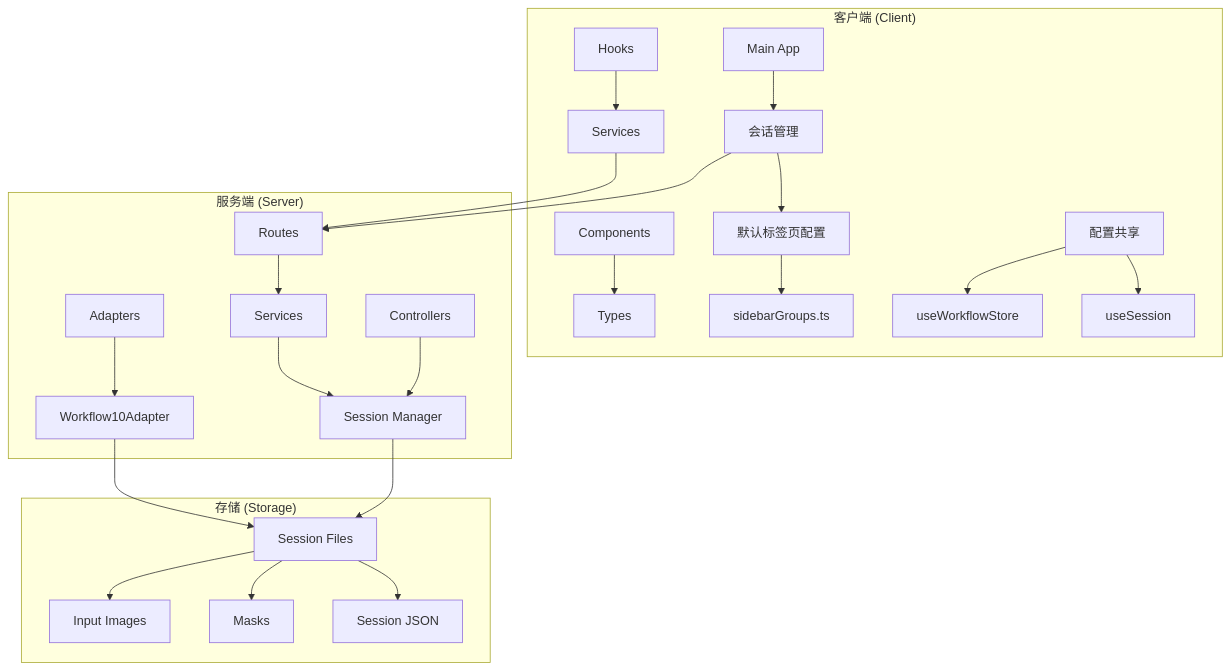
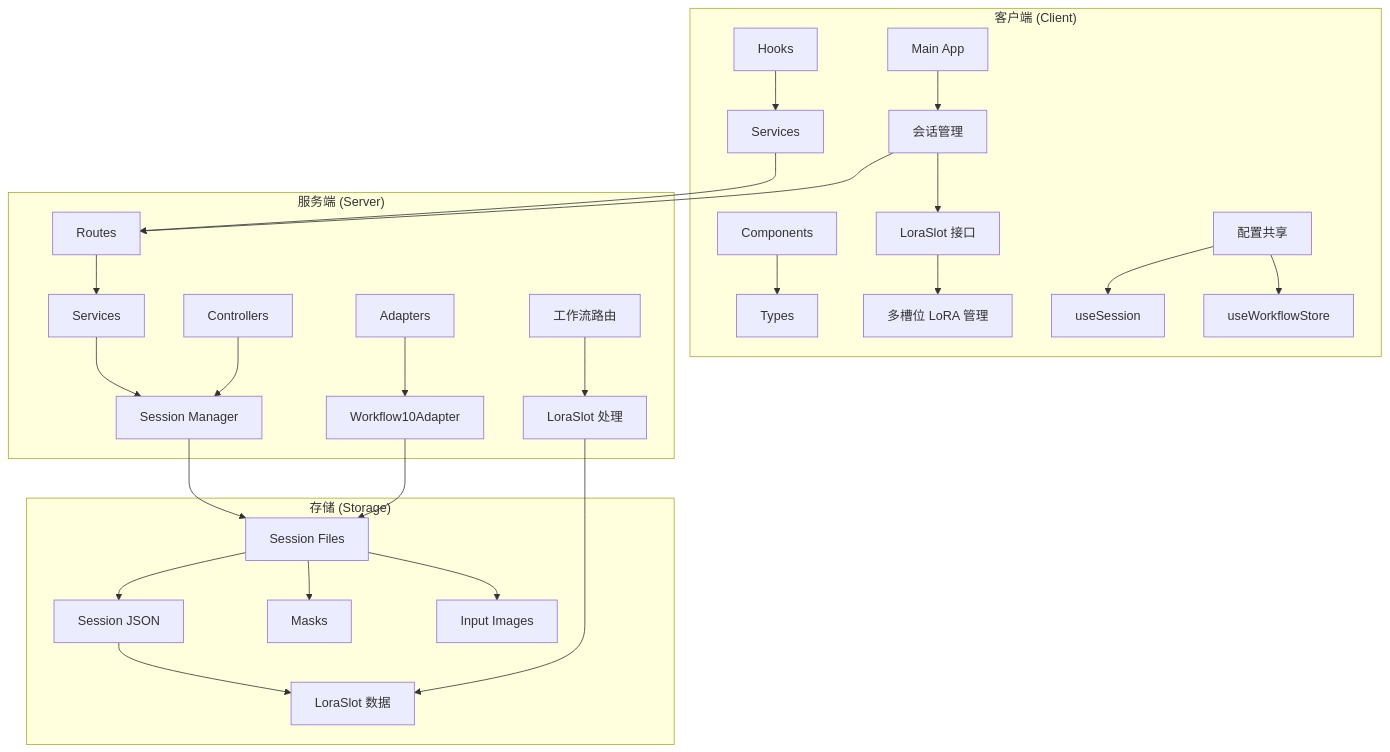
Before and after one commit to billye220670/CorineKit_Pix2Real: the first of 7 diagrams in .qoder/repowiki/zh/content/前端应用/状态管理系统/会话状态管理.md, drawn with Mermaid. The commit also changed other lines of this file and 43 other files, not shown here.

````diff
--- a/.qoder/repowiki/zh/content/前端应用/状态管理系统/会话状态管理.md
+++ b/.qoder/repowiki/zh/content/前端应用/状态管理系统/会话状态管理.md
@@ -52,27 +56,30 @@
 ```mermaid
 graph TB
 subgraph "客户端 (Client)"
 A[Hooks] --> B[Services]
 C[Components] --> D[Types]
 E[Main App] --> F[会话管理]
-F --> G[默认标签页配置]
-G --> H[sidebarGroups.ts]
+F --> G[LoraSlot 接口]
+G --> H[多槽位 LoRA 管理]
 I[配置共享] --> J[useWorkflowStore]
 I --> K[useSession]
 end
 subgraph "服务端 (Server)"
 L[Routes] --> M[Services]
 N[Controllers] --> O[Session Manager]
 P[Adapters] --> Q[Workflow10Adapter]
+R[工作流路由] --> S[LoraSlot 处理]
 end
 subgraph "存储 (Storage)"
-R[Session Files] --> S[Input Images]
-R --> T[Masks]
-R --> U[Session JSON]
+T[Session Files] --> U[Input Images]
+T --> V[Masks]
+T --> W[Session JSON]
+W --> X[LoraSlot 数据]
 end
 F --> L
 B --> L
 M --> O
-O --> R
-Q --> R
+O --> T
+Q --> T
+S --> X
 ```
````
